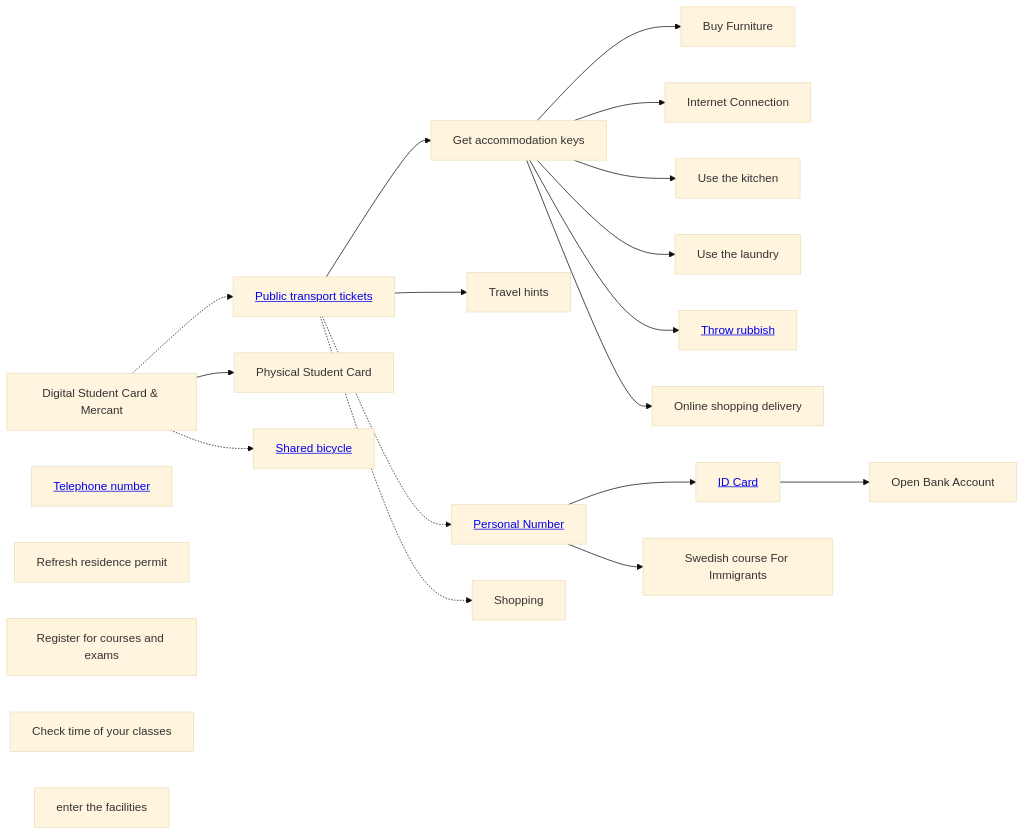
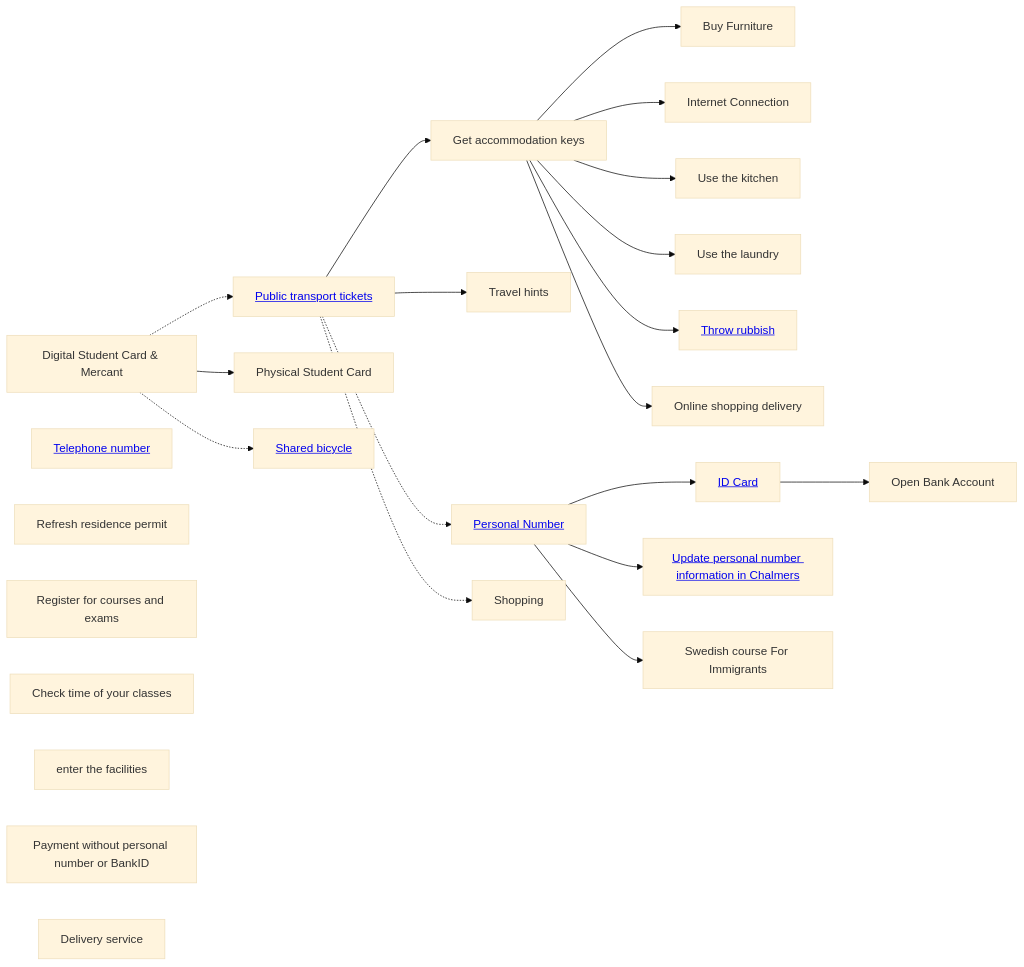
One commit to chalmers-hub/first-week-in-chalmers changed the diagram in content/docs/step-by-step/introduction.md. Above: the diagram before and after it, drawn with Mermaid (base theme). The commit also changed 8 other files, not shown here.

Commit message:
Create article "Update personal identity number information in Chalmers"

```diff
--- a/content/docs/step-by-step/introduction.md
+++ b/content/docs/step-by-step/introduction.md
@@ -17,25 +17,28 @@
 <pre class="mermaid">
     graph LR
         travel[<a href="/docs/transport/ticket">Public transport tickets</a>] --> accommodation[Get accommodation keys]
         accommodation --> furniture[Buy Furniture]
         accommodation --> internet[Internet Connection]
         accommodation --> cook[Use the kitchen]
         accommodation --> laundry[Use the laundry]
         accommodation --> rubbish[<a href="/docs/living/rubbish">Throw rubbish</a>]
         accommodation --> shopping[Online shopping delivery]
         travel --> traffic[Travel hints]
         travel -.-> personal
         personal[<a href="/docs/id/personal-number">Personal Number</a>] --> id[<a href="/docs/id/id-card">ID Card</a>]
         id --> bank[Open Bank Account]
+        personal --> update[<a href="/docs/id/update-pn-in-chalm/">Update personal number information in Chalmers</a>]
         travel -.-> Shopping
         DigitalStudentCard[Digital Student Card & Mercant]
         DigitalStudentCard --> PhysicalStudentCard[Physical Student Card]
         DigitalStudentCard -.-> travel
         phone[<a href="/docs/phone/circ-sim/">Telephone number</a>]
         Refresh[Refresh residence permit]
         personal --> SFI[Swedish course For Immigrants]
         DigitalStudentCard -.-> bicycle[<a href="/docs/transport/shared-bicycle/">Shared bicycle</a>]
         course[Register for courses and exams]
         timeEdit[Check time of your classes]
         doors[enter the facilities]
+        pays[Payment without personal number or BankID]
+        delivery[Delivery service]
 </pre>
```
